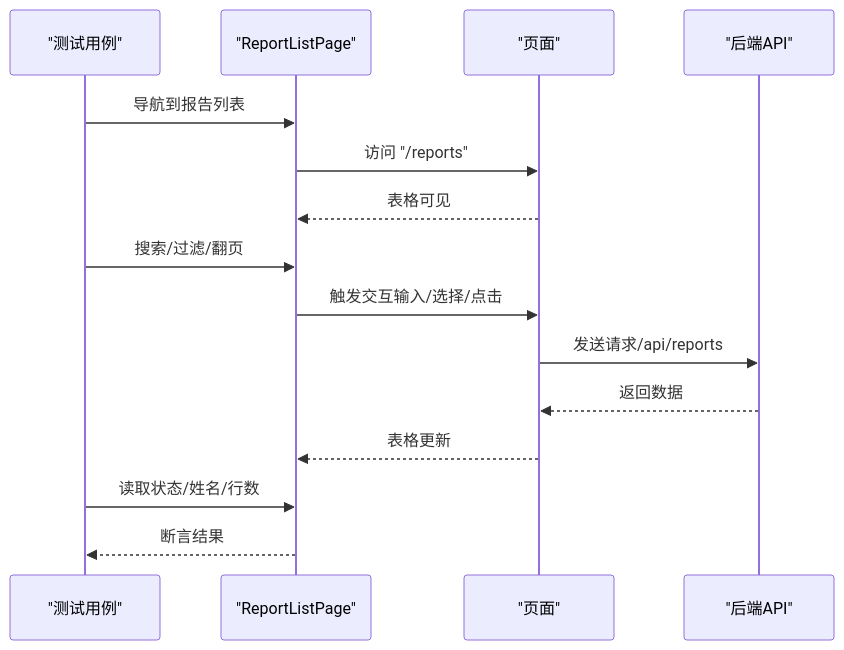
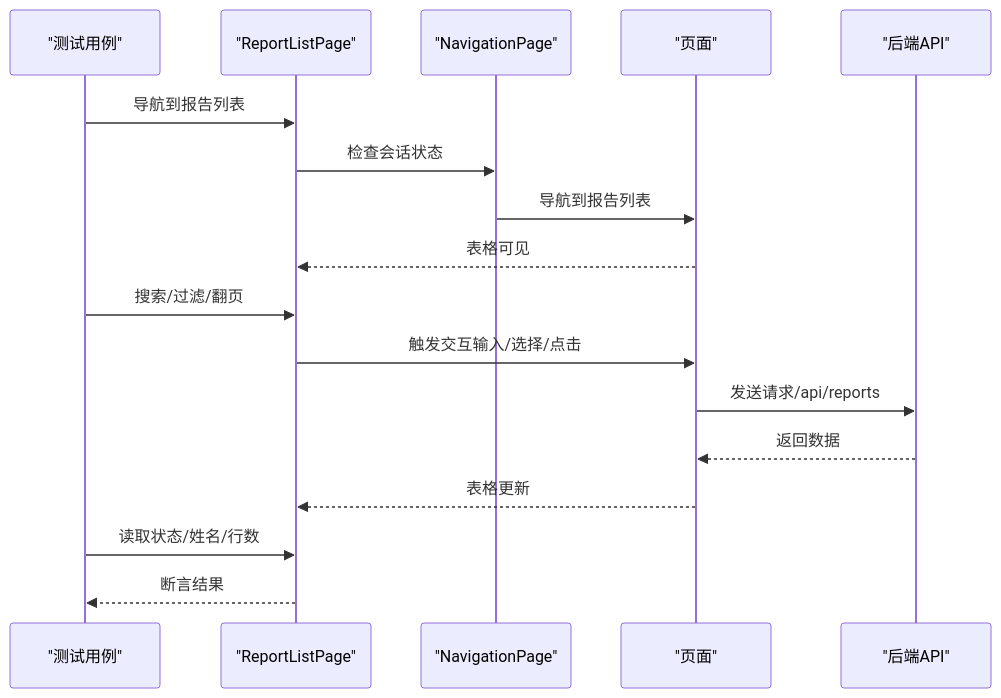
One commit to zzgoviziwind/--playwright changed the second of 7 diagrams in .qoder/repowiki/zh/content/页面对象设计模式/报告列表页面.md. Above: the diagram before and after it, drawn with Mermaid. The commit also changed other lines of this file and 112 other files, not shown here.

````diff
--- a/.qoder/repowiki/zh/content/页面对象设计模式/报告列表页面.md
+++ b/.qoder/repowiki/zh/content/页面对象设计模式/报告列表页面.md
@@ -126,17 +143,19 @@
 ```mermaid
 sequenceDiagram
 participant T as "测试用例"
 participant L as "ReportListPage"
+participant N as "NavigationPage"
 participant P as "页面"
 participant API as "后端API"
 T->>L : 导航到报告列表
-L->>P : 访问 "/reports"
+L->>N : 检查会话状态
+N->>P : 导航到报告列表
 P-->>L : 表格可见
 T->>L : 搜索/过滤/翻页
 L->>P : 触发交互输入/选择/点击
 P->>API : 发送请求/api/reports
 API-->>P : 返回数据
 P-->>L : 表格更新
 T->>L : 读取状态/姓名/行数
 L-->>T : 断言结果
 ```
````
